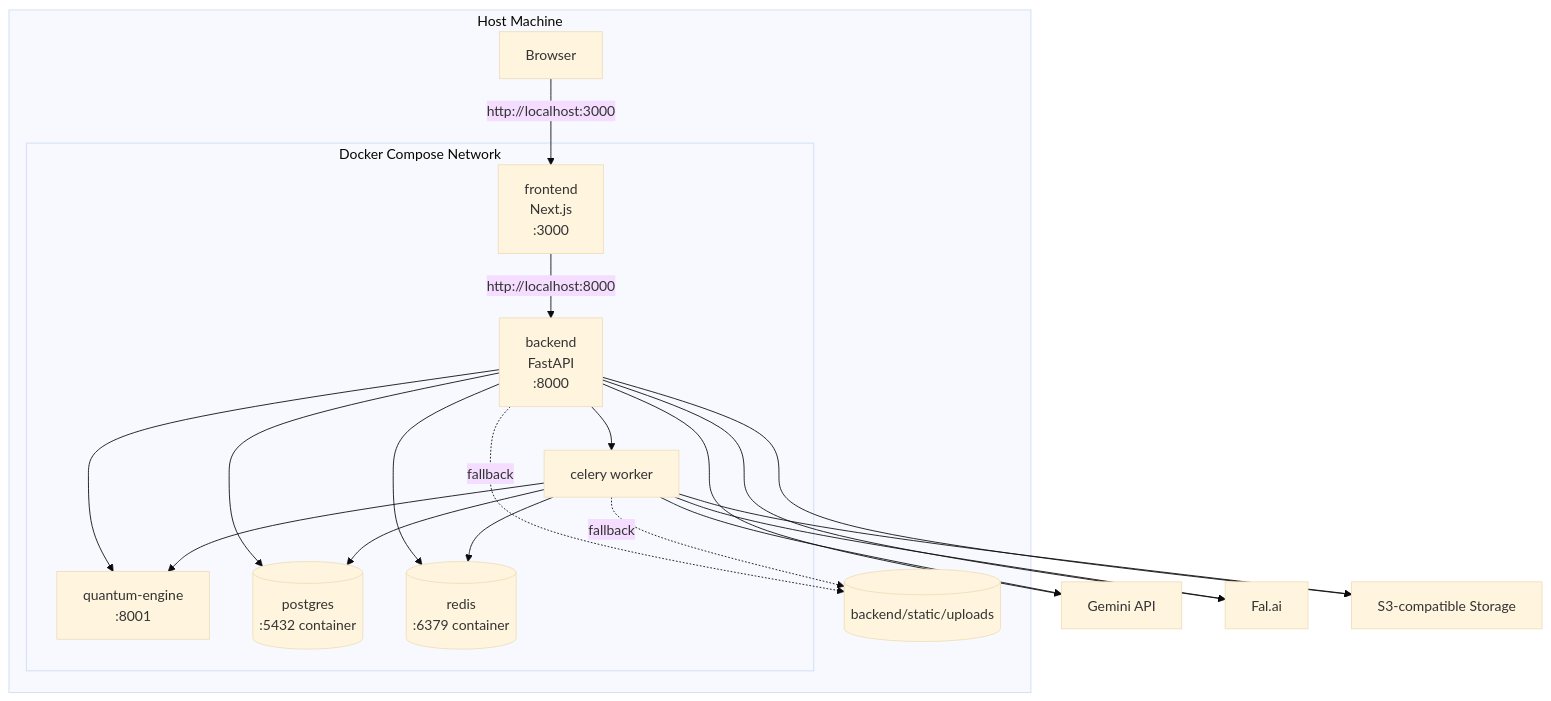
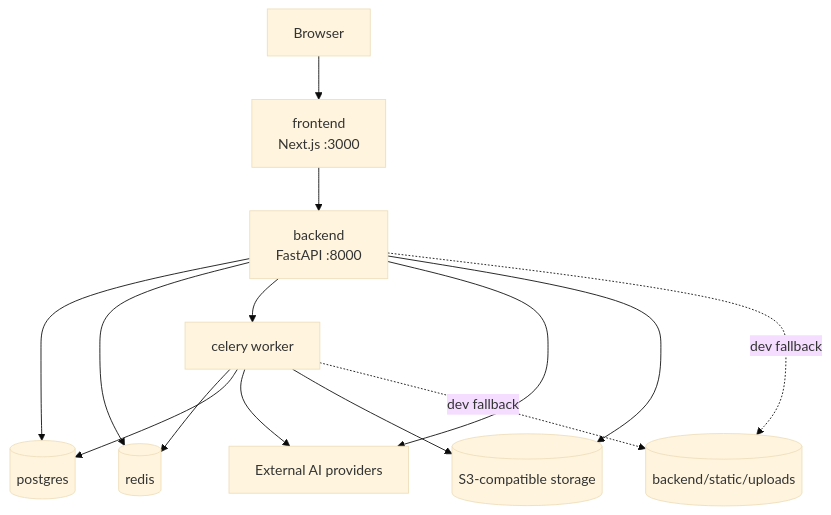
Before and after one commit to xichuan99/design-studio: the first of 2 diagrams in docs/architecture/deployment-topology.md, drawn with Mermaid (base theme). The commit also changed other lines of this file and 45 other files, not shown here.

````diff
--- a/docs/architecture/deployment-topology.md
+++ b/docs/architecture/deployment-topology.md
@@ -71,37 +21,26 @@
 ```mermaid
 flowchart TB
-    subgraph Host Machine
-        Browser[Browser]
-        subgraph Docker Compose Network
-            FE[frontend\nNext.js\n:3000]
-            BE[backend\nFastAPI\n:8000]
-            CE[celery worker]
-            QE[quantum-engine\n:8001]
-            PG[(postgres\n:5432 container)]
-            RD[(redis\n:6379 container)]
-        end
-        LocalFiles[(backend/static/uploads)]
-    end
+    Browser[Browser]
+    FE[frontend\nNext.js :3000]
+    BE[backend\nFastAPI :8000]
+    CE[celery worker]
+    PG[(postgres)]
+    RD[(redis)]
+    S3[(S3-compatible storage)]
+    AI[External AI providers]
+    LocalFiles[(backend/static/uploads)]
 
-    Gemini[Gemini API]
-    Fal[Fal.ai]
-    S3[S3-compatible Storage]
-
-    Browser -->|http://localhost:3000| FE
-    FE -->|http://localhost:8000| BE
+    Browser --> FE
+    FE --> BE
     BE --> PG
     BE --> RD
     BE --> CE
     CE --> RD
     CE --> PG
-    BE --> QE
-    CE --> QE
-    BE --> Gemini
-    BE --> Fal
-    CE --> Gemini
-    CE --> Fal
+    BE --> AI
+    CE --> AI
     BE --> S3
     CE --> S3
-    BE -. fallback .-> LocalFiles
-    CE -. fallback .-> LocalFiles
+    BE -. dev fallback .-> LocalFiles
+    CE -. dev fallback .-> LocalFiles
 ```
````
